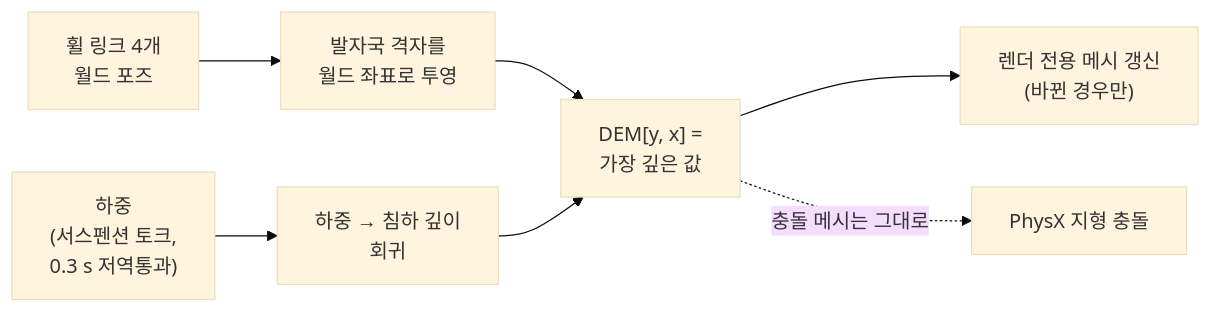
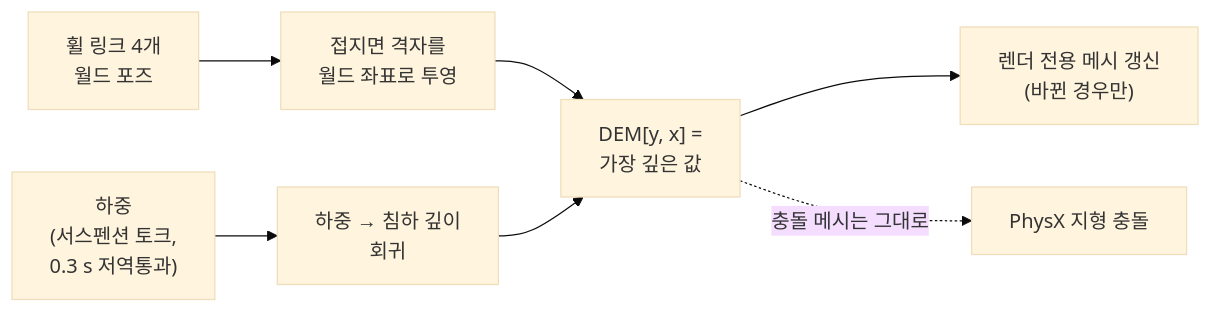
Before and after one commit to parclab-hsu/parclab-hsu.github.io: the first of 2 diagrams in homepage-src/docs/projects/l-project-deformation.md, drawn with Mermaid (base theme). The commit also changed other lines of this file, not shown here.

````diff
--- a/homepage-src/docs/projects/l-project-deformation.md
+++ b/homepage-src/docs/projects/l-project-deformation.md
@@ -66,9 +76,9 @@
 ``` mermaid
 flowchart LR
-    A["휠 링크 4개<br/>월드 포즈"] --> C["발자국 격자를<br/>월드 좌표로 투영"]
+    A["휠 링크 4개<br/>월드 포즈"] --> C["접지면 격자를<br/>월드 좌표로 투영"]
     B["하중<br/>(서스펜션 토크,<br/>0.3 s 저역통과)"] --> D["하중 → 침하 깊이<br/>회귀"]
     C --> E["DEM[y, x] =<br/>가장 깊은 값"]
     D --> E
     E --> F["렌더 전용 메시 갱신<br/>(바뀐 경우만)"]
     E -.->|"충돌 메시는 그대로"| G["PhysX 지형 충돌"]
 ```
````
